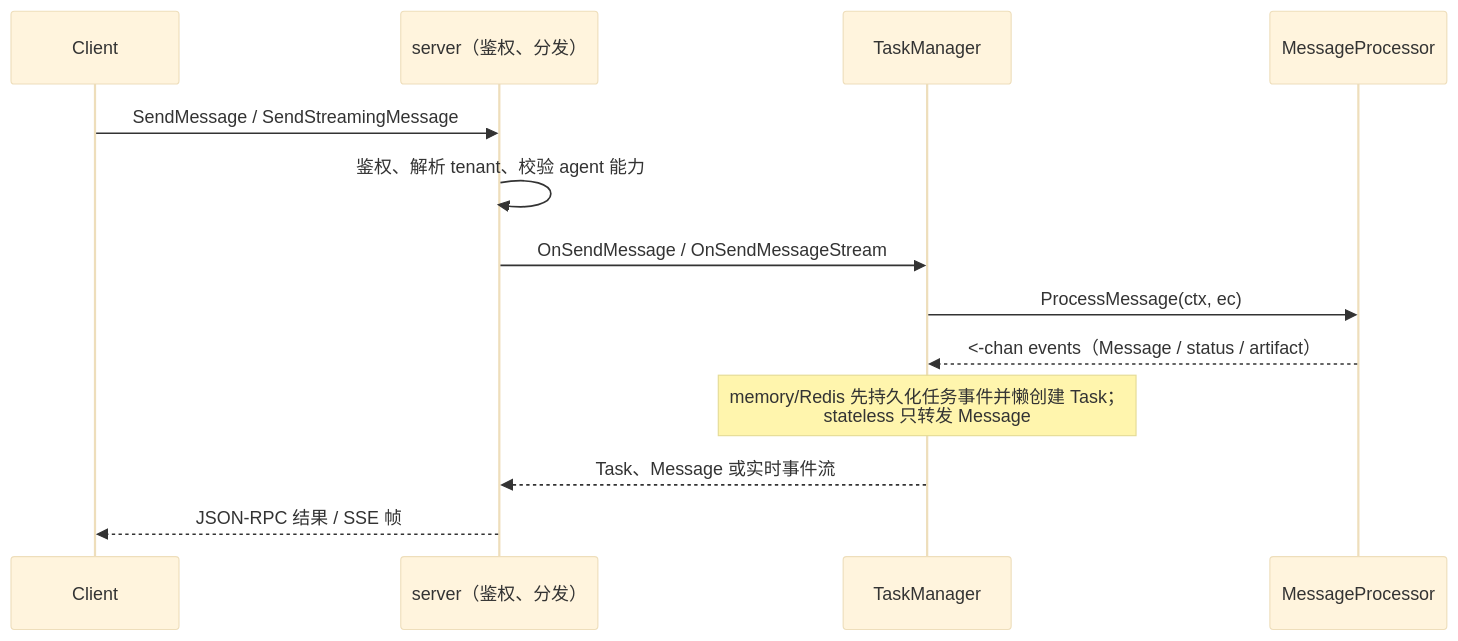
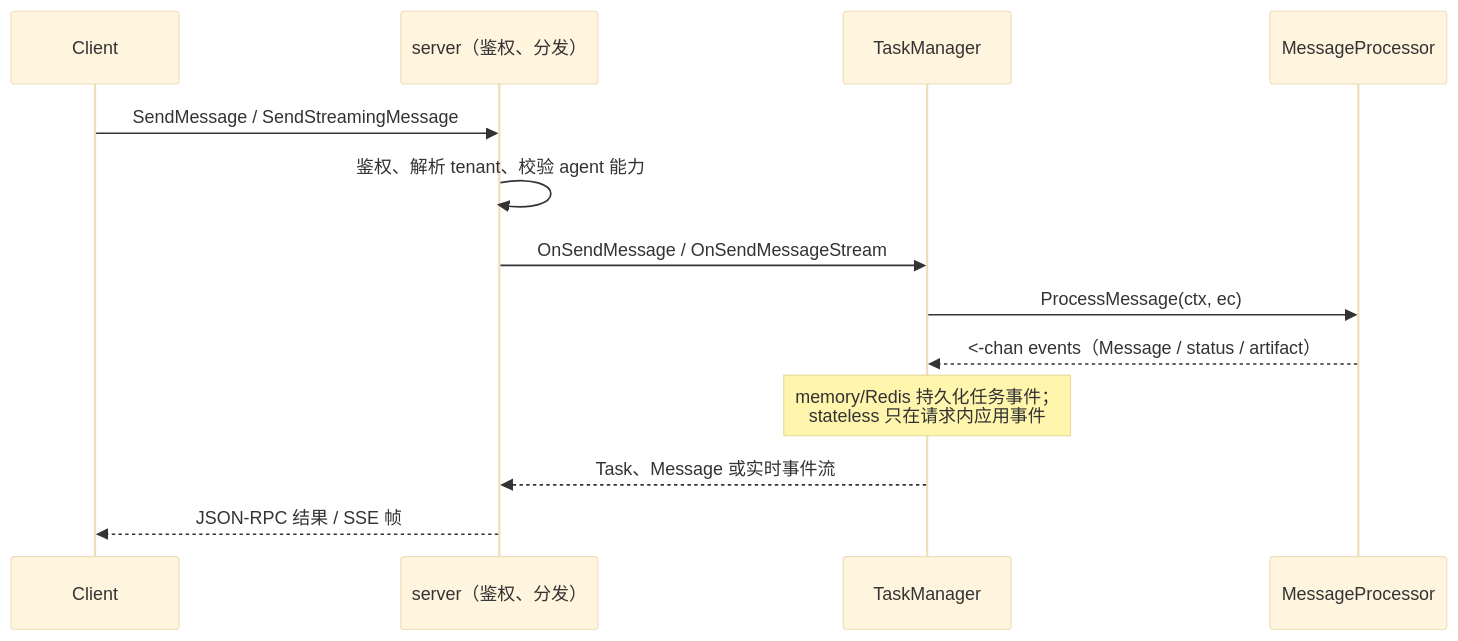
One commit to trpc-group/trpc-a2a-go changed the second of 2 diagrams in docs/mkdocs/zh/overview.md. Above: the diagram before and after it, drawn with Mermaid (base theme). The commit also changed other lines of this file and 11 other files, not shown here.

````diff
--- a/docs/mkdocs/zh/overview.md
+++ b/docs/mkdocs/zh/overview.md
@@ -74,16 +74,16 @@
 ```mermaid
 sequenceDiagram
     participant Client
     participant Server as server（鉴权、分发）
     participant TM as TaskManager
     participant P as MessageProcessor
 
     Client->>Server: SendMessage / SendStreamingMessage
     Server->>Server: 鉴权、解析 tenant、校验 agent 能力
     Server->>TM: OnSendMessage / OnSendMessageStream
     TM->>P: ProcessMessage(ctx, ec)
     P-->>TM: <-chan events（Message / status / artifact）
-    Note over TM: memory/Redis 先持久化任务事件并懒创建 Task；<br/>stateless 只转发 Message
+    Note over TM: memory/Redis 持久化任务事件；<br/>stateless 只在请求内应用事件
     TM-->>Server: Task、Message 或实时事件流
     Server-->>Client: JSON-RPC 结果 / SSE 帧
 ```
````
